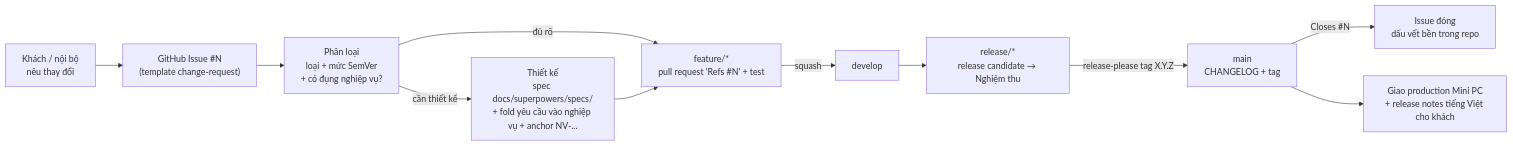
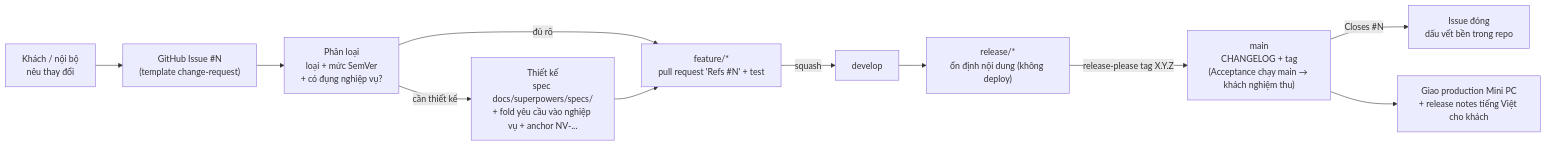
One commit to manhcuongdtbk/electric-water-management changed the diagram in docs/superpowers/specs/2026-06-08-truy-vet-quan-ly-thay-doi-design.md. Above: the diagram before and after it, drawn with Mermaid. The commit also changed other lines of this file and 2 other files, not shown here.

First line of the commit message:
docs(sdlc): sync release-flow descriptions with ADR-005/008/028

````diff
--- a/docs/superpowers/specs/2026-06-08-truy-vet-quan-ly-thay-doi-design.md
+++ b/docs/superpowers/specs/2026-06-08-truy-vet-quan-ly-thay-doi-design.md
@@ -44,13 +44,13 @@
 ```mermaid
 flowchart LR
   REQ["Khách / nội bộ<br/>nêu thay đổi"] --> I["GitHub Issue #N<br/>(template change-request)"]
   I --> TRIAGE["Phân loại<br/>loại + mức SemVer<br/>+ có đụng nghiệp vụ?"]
   TRIAGE -->|cần thiết kế| DESIGN["Thiết kế<br/>spec docs/superpowers/specs/<br/>+ fold yêu cầu vào nghiệp vụ + anchor NV-..."]
   TRIAGE -->|đủ rõ| FEAT
   DESIGN --> FEAT["feature/*<br/>pull request 'Refs #N' + test"]
   FEAT -->|squash| D["develop"]
-  D --> REL["release/*<br/>release candidate → Nghiệm thu"]
-  REL -->|release-please tag X.Y.Z| M["main<br/>CHANGELOG + tag"]
+  D --> REL["release/*<br/>ổn định nội dung (không deploy)"]
+  REL -->|release-please tag X.Y.Z| M["main<br/>CHANGELOG + tag<br/>(Acceptance chạy main → khách nghiệm thu)"]
   M -->|Closes #N| DONE["Issue đóng<br/>dấu vết bền trong repo"]
   M --> DELIVER["Giao production Mini PC<br/>+ release notes tiếng Việt cho khách"]
 ```
````
